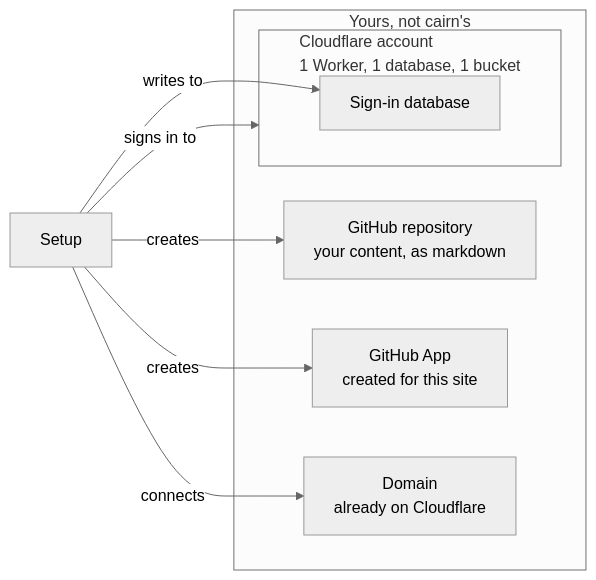
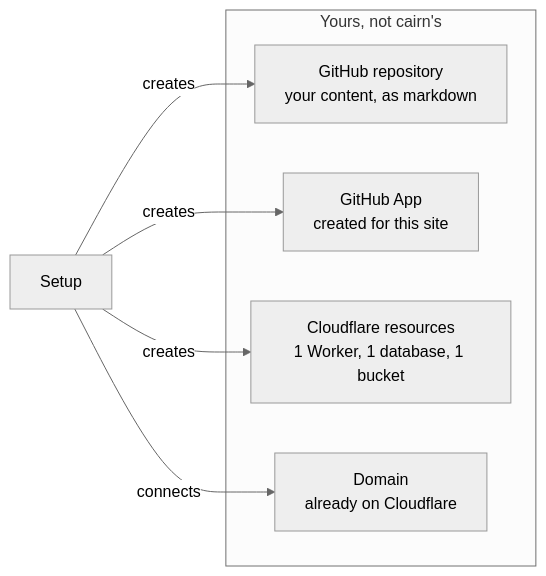
The diagram in docs/admin/before-you-start.md (glw907/cairn-cms), drawn with Mermaid (neutral theme) before and after one commit. The commit also changed other lines of this file and 3 other files, not shown here.

````diff
--- a/docs/admin/before-you-start.md
+++ b/docs/admin/before-you-start.md
@@ -9,22 +9,19 @@
 ```mermaid
 flowchart LR
-  accTitle: Diagram of setup creating five assets you own
-  accDescr: Setup sits outside a group of five assets it creates or connects. They are the GitHub repository, the GitHub App, the Cloudflare account it signs in to without creating, the domain you already have on Cloudflare, and the sign-in database. The group is labeled as yours, not cairn's.
+  accTitle: Diagram of setup creating three assets and connecting a domain
+  accDescr: Setup sits outside a group of assets it creates or connects. They are the GitHub repository, the GitHub App, the Cloudflare resources (one Worker, one database, and one bucket), and the domain you already have on Cloudflare. The group is labeled as yours, not cairn's.
 
   tool["Setup"]
 
   subgraph yours["Yours, not cairn's"]
     repo["GitHub repository<br/>your content, as markdown"]
     app["GitHub App<br/>created for this site"]
+    cf["Cloudflare resources<br/>1 Worker, 1 database, 1 bucket"]
     domain["Domain<br/>already on Cloudflare"]
-    subgraph cf["Cloudflare account<br/>1 Worker, 1 database, 1 bucket"]
-      authdb["Sign-in database"]
-    end
   end
 
   tool -->|creates| repo
   tool -->|creates| app
-  tool -->|signs in to| cf
+  tool -->|creates| cf
   tool -->|connects| domain
-  tool -->|writes to| authdb
 ```
````
